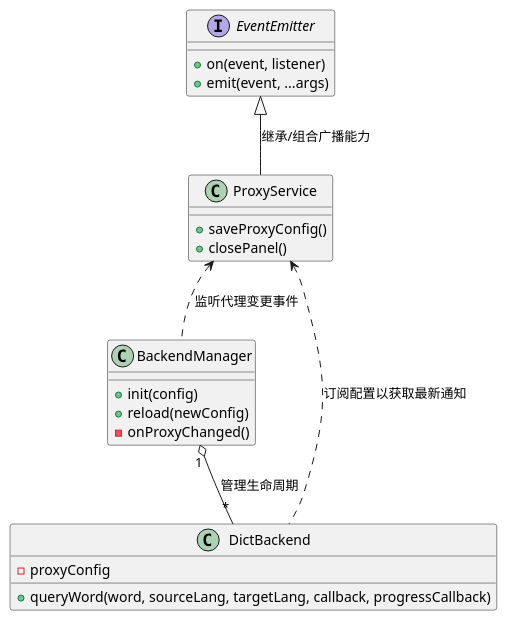
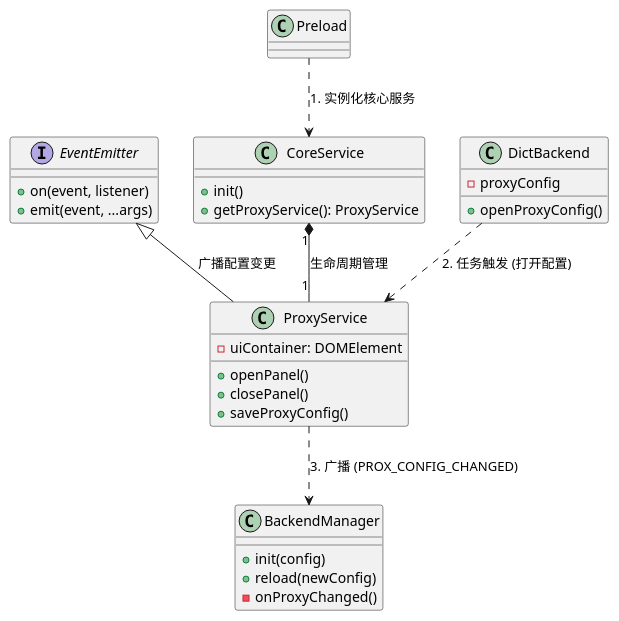
Before and after one commit to zhougy0717/utools_local_translate: the first of 2 diagrams in doc/spec/spec-00029-remove-proxy-command-refactor-entry.md, drawn with PlantUML. The commit also changed other lines of this file, not shown here.

Commit message:
docs: add sequence diagram for proxy panel interaction

````diff
--- a/doc/spec/spec-00029-remove-proxy-command-refactor-entry.md
+++ b/doc/spec/spec-00029-remove-proxy-command-refactor-entry.md
@@ -33,29 +28,37 @@
 ```plantuml
 @startuml
 interface EventEmitter {
   +on(event, listener)
   +emit(event, ...args)
 }
 
+class CoreService {
+  +init()
+  +getProxyService(): ProxyService
+}
+
 class ProxyService {
+  -uiContainer: DOMElement
+  +openPanel()
+  +closePanel()
   +saveProxyConfig()
-  +closePanel()
 }
+EventEmitter <|-- ProxyService : 广播配置变更
 
 class BackendManager {
   +init(config)
   +reload(newConfig)
   -onProxyChanged()
 }
 
 class DictBackend {
-  +queryWord(word, sourceLang, targetLang, callback, progressCallback)
+  +openProxyConfig()
   -proxyConfig
 }
 
-EventEmitter <|-- ProxyService : 继承/组合广播能力
-ProxyService <.. BackendManager : 监听代理变更事件
-ProxyService <.. DictBackend : 订阅配置以获取最新通知
-BackendManager "1" o-- "*" DictBackend : 管理生命周期
+CoreService "1" *-- "1" ProxyService : 生命周期管理
+Preload ..> CoreService : 1. 实例化核心服务
+DictBackend ..> ProxyService : 2. 任务触发 (打开配置)
+ProxyService ..> BackendManager : 3. 广播 (PROX_CONFIG_CHANGED)
 @enduml
 ```
````
